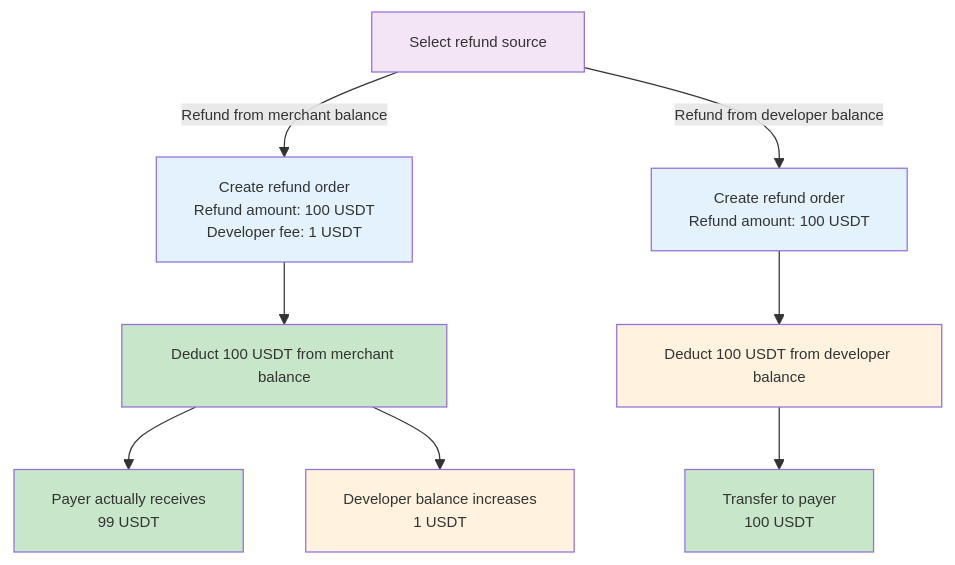
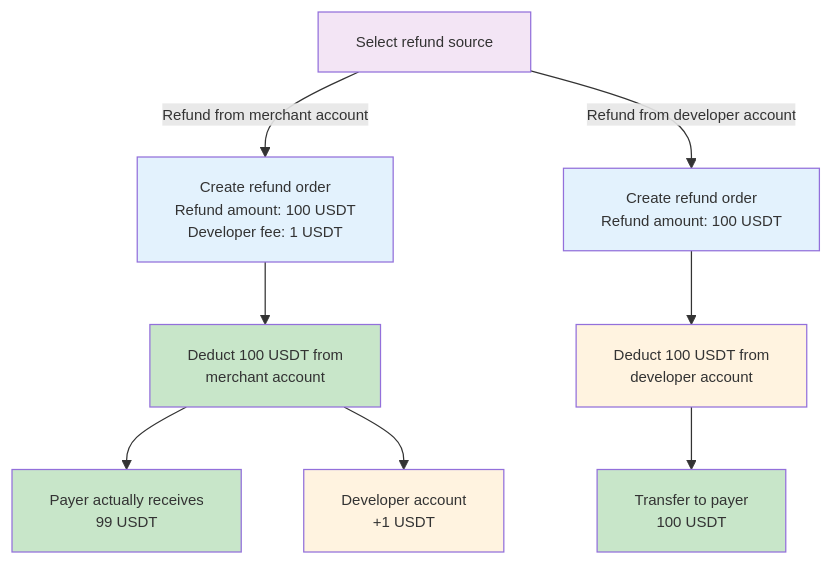
One commit to CoboGlobal/payments-manual changed the fourth of 5 diagrams in payments/en/guides/amounts-and-balances.mdx. Above: the diagram before and after it, drawn with Mermaid. The commit also changed other lines of this file and 5 other files, not shown here.

````diff
--- a/payments/en/guides/amounts-and-balances.mdx
+++ b/payments/en/guides/amounts-and-balances.mdx
@@ -136,23 +124,23 @@
 ```mermaid
 %%{init: {'themeVariables': { 'fontSize': '12px'}}}%%
 graph TD
-    F[Select refund source] -->|Refund from merchant balance| E1[Create refund order<br/>Refund amount: 100 USDT<br/>Developer fee: 1 USDT]
-    F -->|Refund from developer balance| E2[Create refund order<br/>Refund amount: 100 USDT]
+    F[Select refund source] -->|Refund from merchant account| E1[Create refund order<br/>Refund amount: 100 USDT<br/>Developer fee: 1 USDT]
+    F -->|Refund from developer account| E2[Create refund order<br/>Refund amount: 100 USDT]
     
-    E1 --> G[Deduct 100 USDT from merchant balance]
-    E2 --> H[Deduct 100 USDT from developer balance]
+    E1 --> G[Deduct 100 USDT from<br/>merchant account]
+    E2 --> H[Deduct 100 USDT from<br/>developer account]
     
     G --> J[Payer actually receives<br/>99 USDT]
-    G --> K[Developer balance increases<br/>1 USDT]
+    G --> K[Developer account<br/>+1 USDT]
     
     H --> L[Transfer to payer<br/>100 USDT]
     
     style F fill:#f3e5f5
     style E1 fill:#e3f2fd
     style E2 fill:#e3f2fd
     style G fill:#c8e6c9
     style H fill:#fff3e0
     style J fill:#c8e6c9
     style K fill:#fff3e0
     style L fill:#c8e6c9
 ```
````
